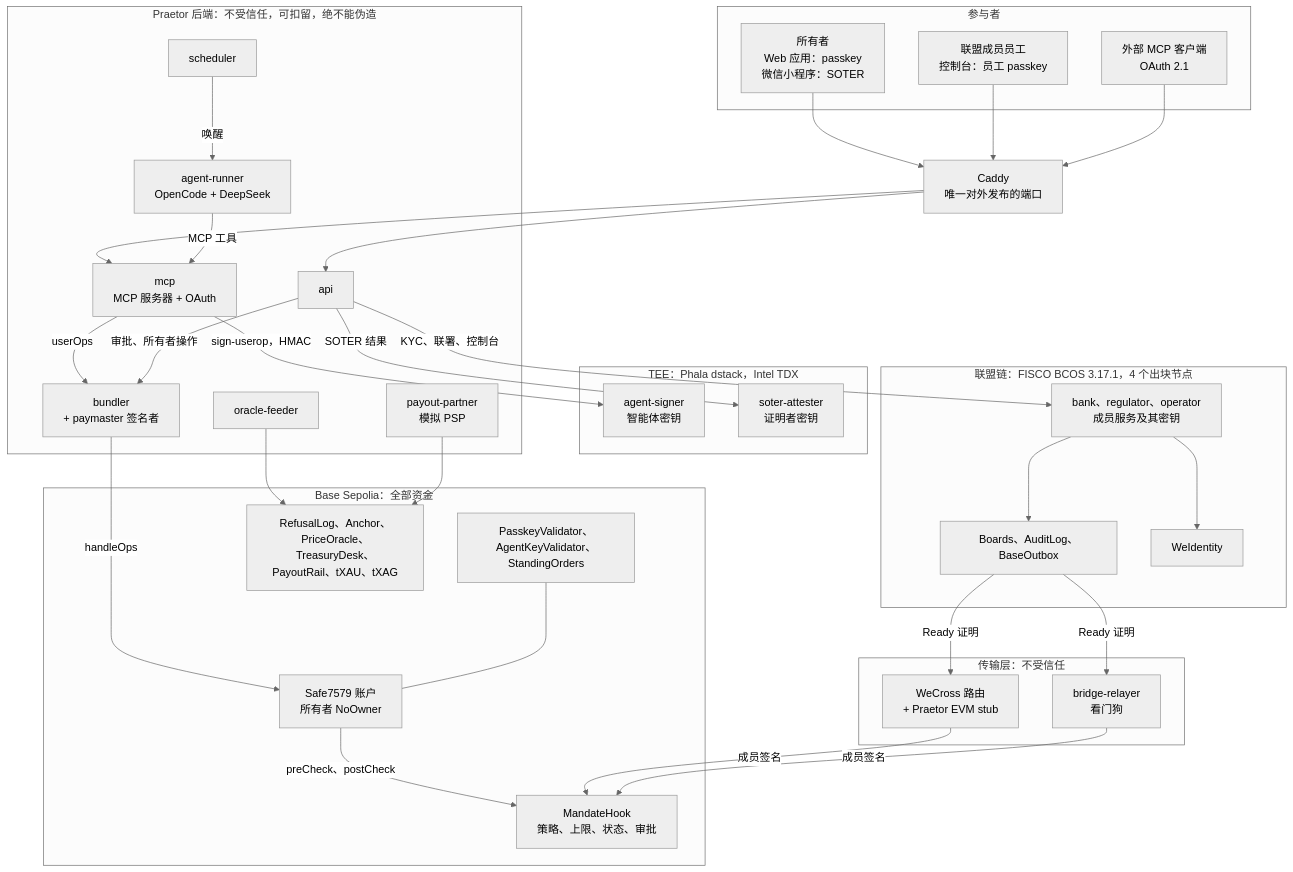
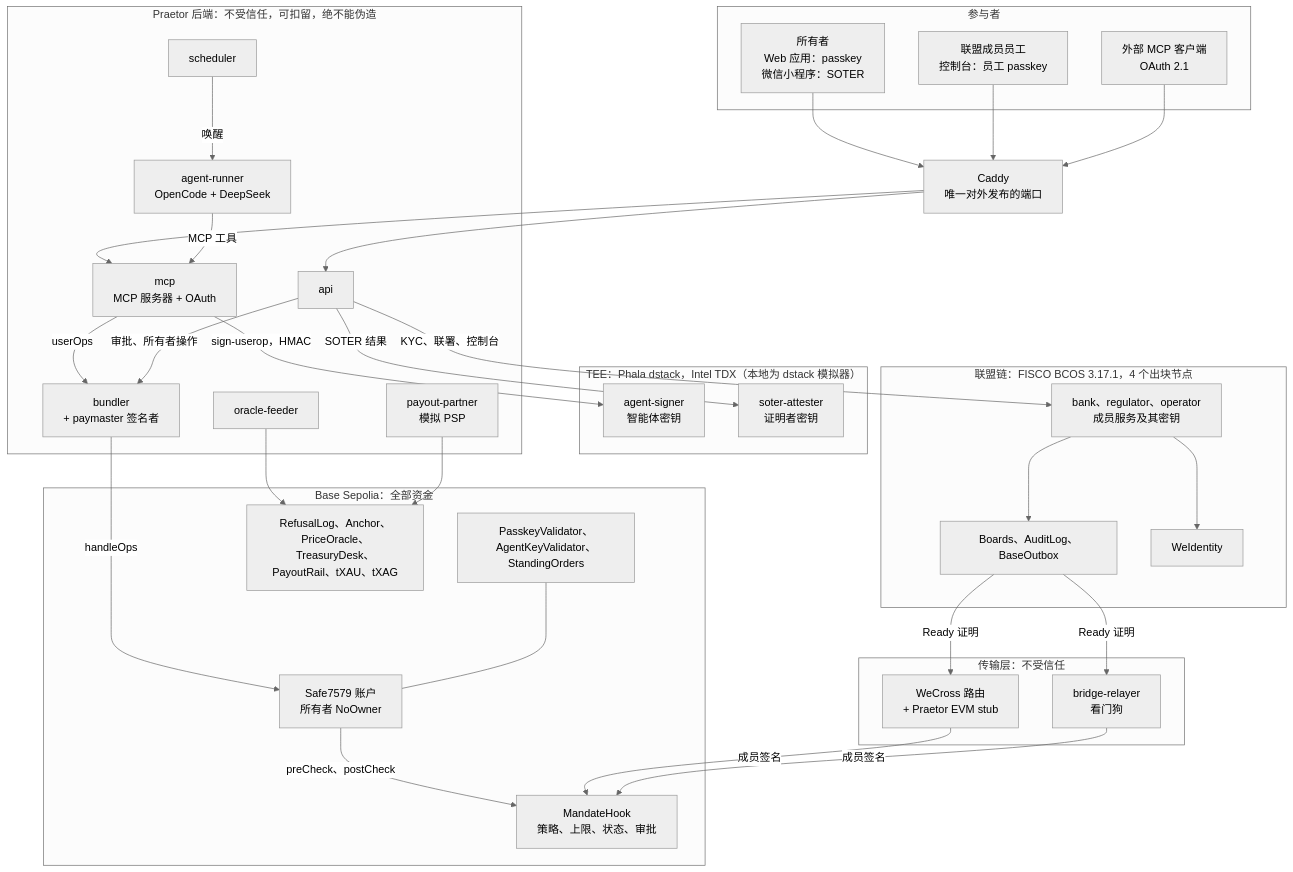
The first of 6 diagrams in docs/zh-CN/ARCHITECTURE.md (hliosone/Praetor), drawn with Mermaid (neutral theme) before and after one commit. The commit also changed other lines of this file and 1 other file, not shown here.

First line of the commit message:
docs(architecture): the server's Base deployment and bounded log reads

````diff
--- a/docs/zh-CN/ARCHITECTURE.md
+++ b/docs/zh-CN/ARCHITECTURE.md
@@ -19,60 +19,60 @@
 ```mermaid
 flowchart TB
   subgraph PEOPLE["参与者"]
     OWN["所有者<br/>Web 应用：passkey<br/>微信小程序：SOTER"]
     STAFF["联盟成员员工<br/>控制台：员工 passkey"]
     EXT["外部 MCP 客户端<br/>OAuth 2.1"]
   end
   CADDY["Caddy<br/>唯一对外发布的端口"]
   subgraph BACKEND["Praetor 后端：不受信任，可扣留，绝不能伪造"]
     API["api"]
     MCP["mcp<br/>MCP 服务器 + OAuth"]
     RUN["agent-runner<br/>OpenCode + DeepSeek"]
     SCH["scheduler"]
     BUN["bundler<br/>+ paymaster 签名者"]
     FEED["oracle-feeder"]
     PSP["payout-partner<br/>模拟 PSP"]
   end
-  subgraph TEES["TEE：Phala dstack，Intel TDX"]
+  subgraph TEES["TEE：Phala dstack，Intel TDX（本地为 dstack 模拟器）"]
     SIGNER["agent-signer<br/>智能体密钥"]
     ATT["soter-attester<br/>证明者密钥"]
   end
   subgraph CONSORTIUM["联盟链：FISCO BCOS 3.17.1，4 个出块节点"]
     MEMBERS["bank、regulator、operator<br/>成员服务及其密钥"]
     BOARDS["Boards、AuditLog、BaseOutbox"]
     WEID["WeIdentity"]
   end
   subgraph TRANSPORT["传输层：不受信任"]
     WECROSS["WeCross 路由<br/>+ Praetor EVM stub"]
     RELAY["bridge-relayer<br/>看门狗"]
   end
   subgraph BASE["Base Sepolia：全部资金"]
     ACCOUNT["Safe7579 账户<br/>所有者 NoOwner"]
     HOOK["MandateHook<br/>策略、上限、状态、审批"]
     MODS["PasskeyValidator、AgentKeyValidator、<br/>StandingOrders"]
     REST["RefusalLog、Anchor、PriceOracle、<br/>TreasuryDesk、PayoutRail、tXAU、tXAG"]
   end
   OWN --> CADDY
   STAFF --> CADDY
   EXT --> CADDY
   CADDY --> API
   CADDY --> MCP
   SCH -->|"唤醒"| RUN
   RUN -->|"MCP 工具"| MCP
   MCP -->|"sign-userop，HMAC"| SIGNER
   API -->|"SOTER 结果"| ATT
   MCP -->|"userOps"| BUN
   API -->|"审批、所有者操作"| BUN
   BUN -->|"handleOps"| ACCOUNT
   ACCOUNT -->|"preCheck、postCheck"| HOOK
   MODS --- ACCOUNT
   API -->|"KYC、联署、控制台"| MEMBERS
   MEMBERS --> BOARDS
   MEMBERS --> WEID
   BOARDS -->|"Ready 证明"| WECROSS
   BOARDS -->|"Ready 证明"| RELAY
   WECROSS -->|"成员签名"| HOOK
   RELAY -->|"成员签名"| HOOK
   FEED --> REST
   PSP --> REST
 ```
````
